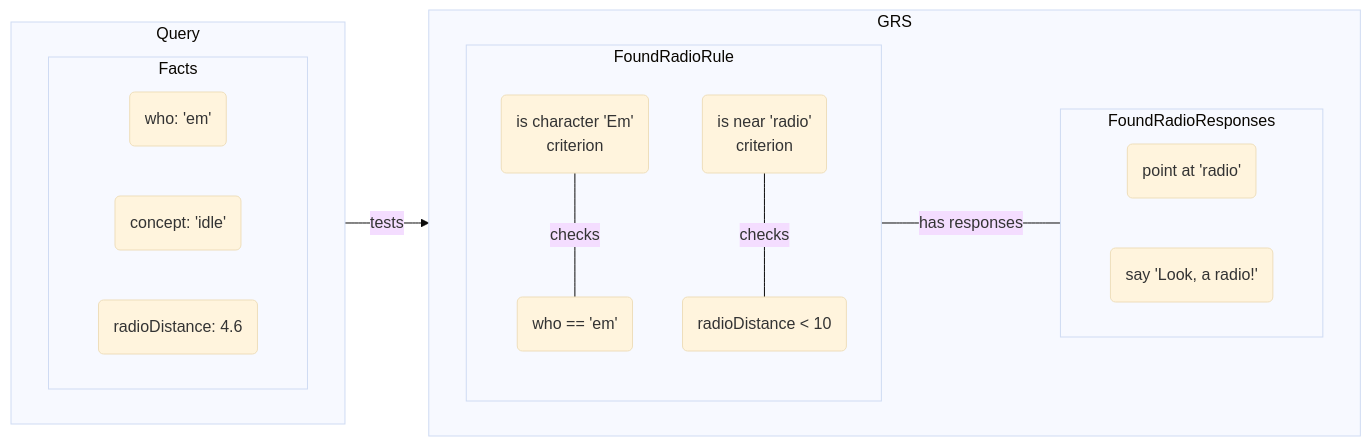
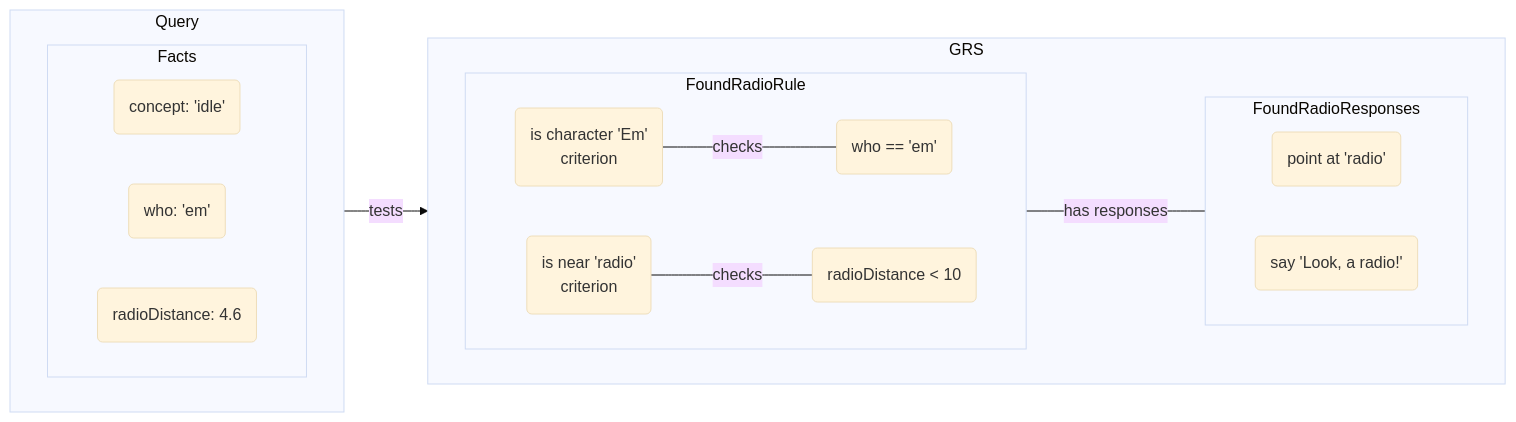
The first of 3 diagrams in README.md (DanielOaks/GodotResponseSystem), drawn with Mermaid (base theme) before and after one commit.

````diff
--- a/README.md
+++ b/README.md
@@ -28,27 +28,28 @@
 ```mermaid
 flowchart LR
     subgraph Query
         direction LR
         subgraph Facts
-        direction LR
+        	direction LR
+            ConceptFact(concept: 'idle')
             WhoFact(who: 'em')
-            ConceptFact(concept: 'idle')
             RadioDistanceFact(radioDistance: 4.6)
         end
     end
 	Query -->|tests| FoundRadioRule
 	subgraph GRS
         direction LR
 		subgraph FoundRadioRule
+        	direction LR
 			Criterion1(is character 'Em'<br>criterion) ---|checks| Fact1(who == 'em')
 			Criterion2(is near 'radio'<br>criterion) ---|checks| Fact2(radioDistance < 10)
 		end
 		subgraph FoundRadioResponses
 			direction LR
 			Response1(point at 'radio')
 			Response2(say 'Look, a radio!')
 		end
 
 		FoundRadioRule ---|has responses| FoundRadioResponses
 	end
 ```
````
